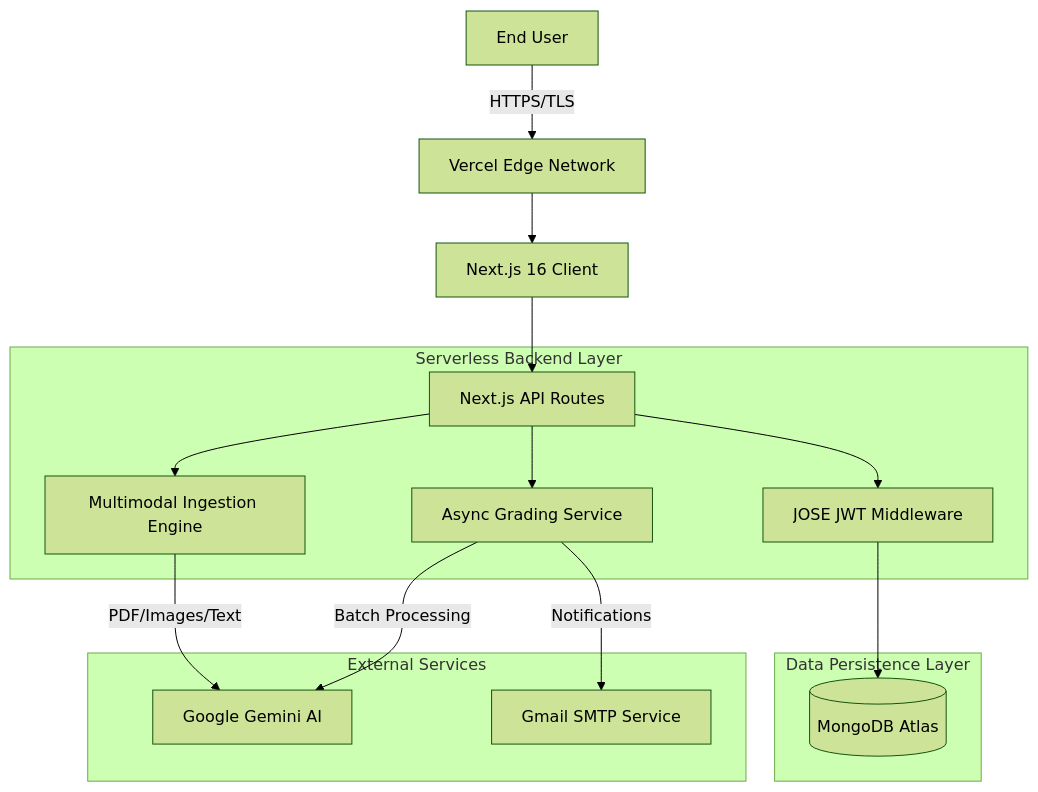
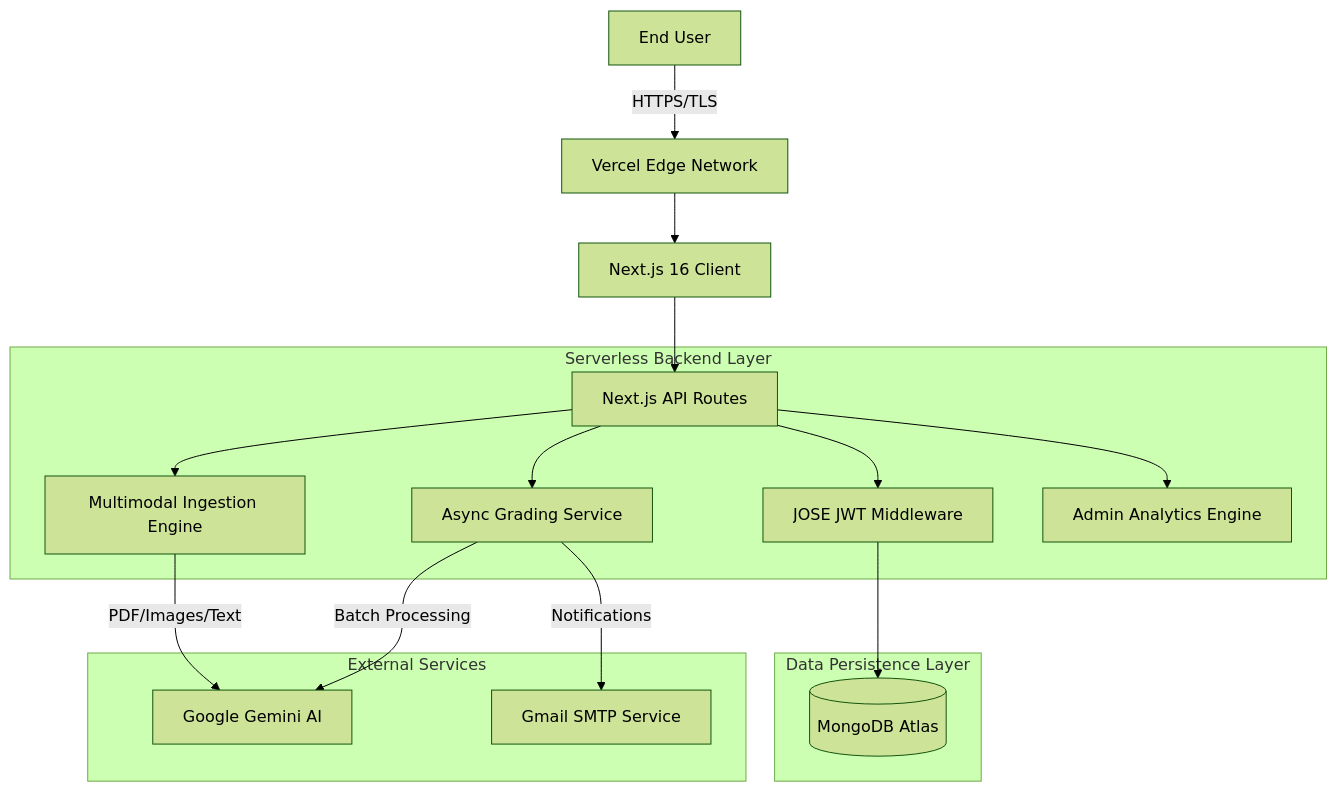
The first of 3 diagrams in README.md (dndanny/questionnaire-ai), drawn with Mermaid (forest theme) before and after one commit. The commit also changed other lines of this file and 9 other files, not shown here.

````diff
--- a/README.md
+++ b/README.md
@@ -25,30 +26,32 @@
 ```mermaid
 graph TD
     User[End User] -->|HTTPS/TLS| CDN[Vercel Edge Network]
     CDN --> Client[Next.js 16 Client]
     
     subgraph "Serverless Backend Layer"
         API[Next.js API Routes]
         Auth[JOSE JWT Middleware]
         Ingest[Multimodal Ingestion Engine]
         Grader[Async Grading Service]
+        Admin[Admin Analytics Engine]
     end
     
     subgraph "Data Persistence Layer"
         DB[(MongoDB Atlas)]
     end
     
     subgraph "External Services"
         Gemini[Google Gemini AI]
         SMTP[Gmail SMTP Service]
     end
 
     Client --> API
     API --> Auth
     Auth --> DB
     API --> Ingest
+    API --> Admin
     Ingest -->|PDF/Images/Text| Gemini
     API --> Grader
     Grader -->|Batch Processing| Gemini
     Grader -->|Notifications| SMTP
 ```
````
